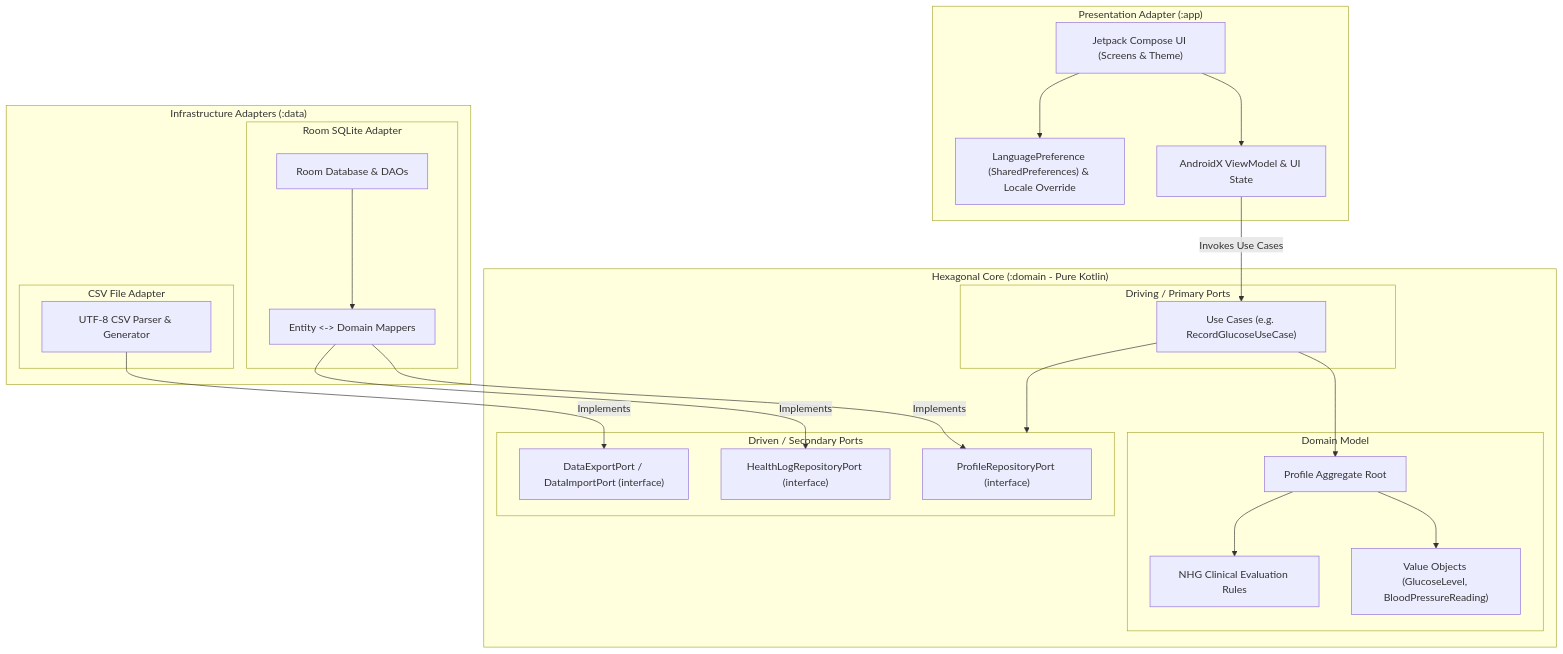
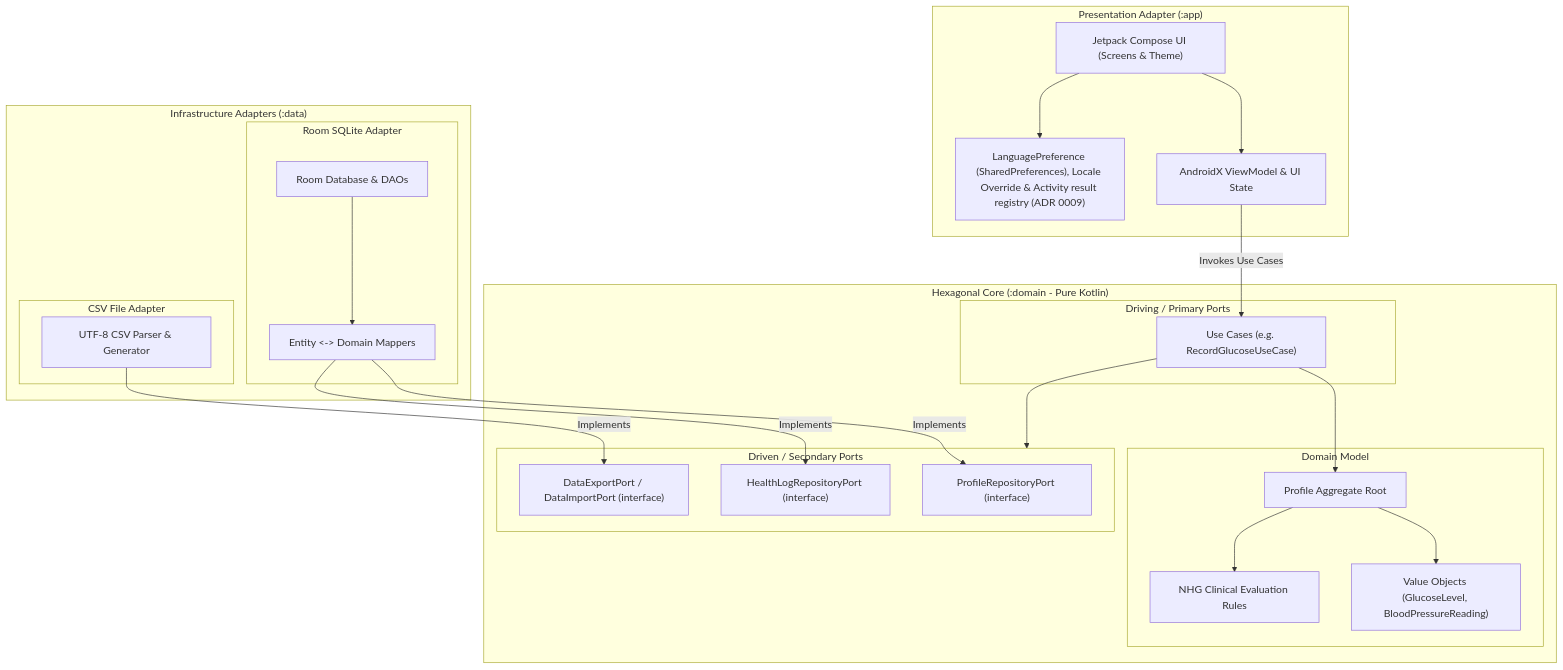
One commit to mannetje/health_journal changed the first of 2 diagrams in README.md. Above: the diagram before and after it, drawn with Mermaid. The commit also changed other lines of this file and 9 other files, not shown here.

````diff
--- a/README.md
+++ b/README.md
@@ -57,50 +57,50 @@
 ```mermaid
 flowchart TD
     subgraph Presentation["Presentation Adapter (:app)"]
         UI["Jetpack Compose UI (Screens & Theme)"]
         VM["AndroidX ViewModel & UI State"]
-        LANG["LanguagePreference (SharedPreferences) & Locale Override"]
+        LANG["LanguagePreference (SharedPreferences), Locale Override & Activity result registry (ADR 0009)"]
         UI --> VM
         UI --> LANG
     end
 
     subgraph Domain["Hexagonal Core (:domain - Pure Kotlin)"]
         subgraph PrimaryPorts["Driving / Primary Ports"]
             UC["Use Cases (e.g. RecordGlucoseUseCase)"]
         end
 
         subgraph DomainModel["Domain Model"]
             AR["Profile Aggregate Root"]
             VO["Value Objects (GlucoseLevel, BloodPressureReading)"]
             NHG["NHG Clinical Evaluation Rules"]
             AR --> VO
             AR --> NHG
         end
 
         subgraph SecondaryPorts["Driven / Secondary Ports"]
             PRP["ProfileRepositoryPort (interface)"]
             HLP["HealthLogRepositoryPort (interface)"]
             DEP["DataExportPort / DataImportPort (interface)"]
         end
 
         UC --> AR
         UC --> SecondaryPorts
     end
 
     subgraph Infrastructure["Infrastructure Adapters (:data)"]
         subgraph Persistence["Room SQLite Adapter"]
             DB["Room Database & DAOs"]
             Mappers["Entity <-> Domain Mappers"]
             DB --> Mappers
         end
 
         subgraph CSV["CSV File Adapter"]
             Parser["UTF-8 CSV Parser & Generator"]
         end
     end
 
     VM -->|"Invokes Use Cases"| UC
     Mappers -->|"Implements"| PRP
     Mappers -->|"Implements"| HLP
     Parser -->|"Implements"| DEP
 ```
````
